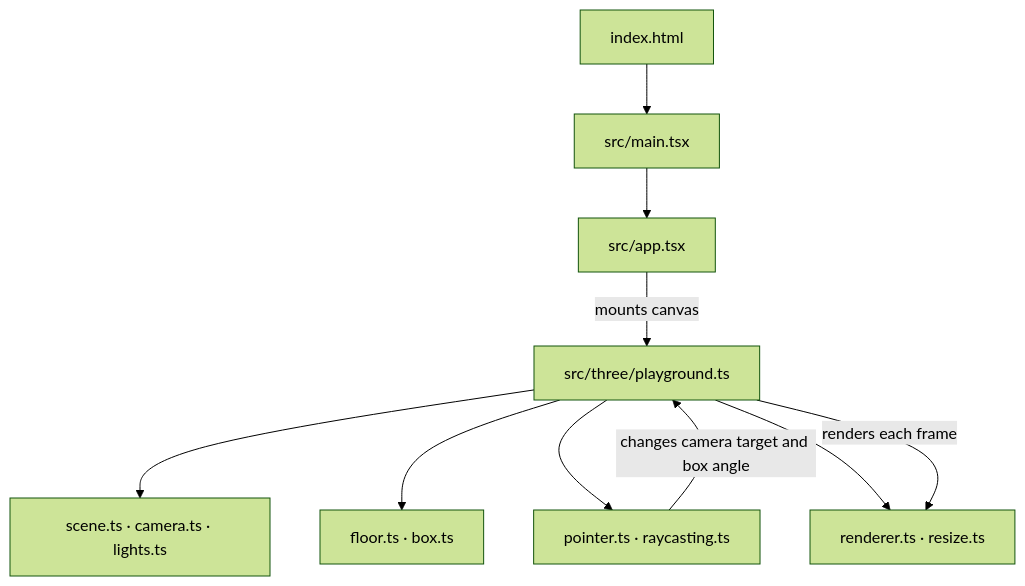
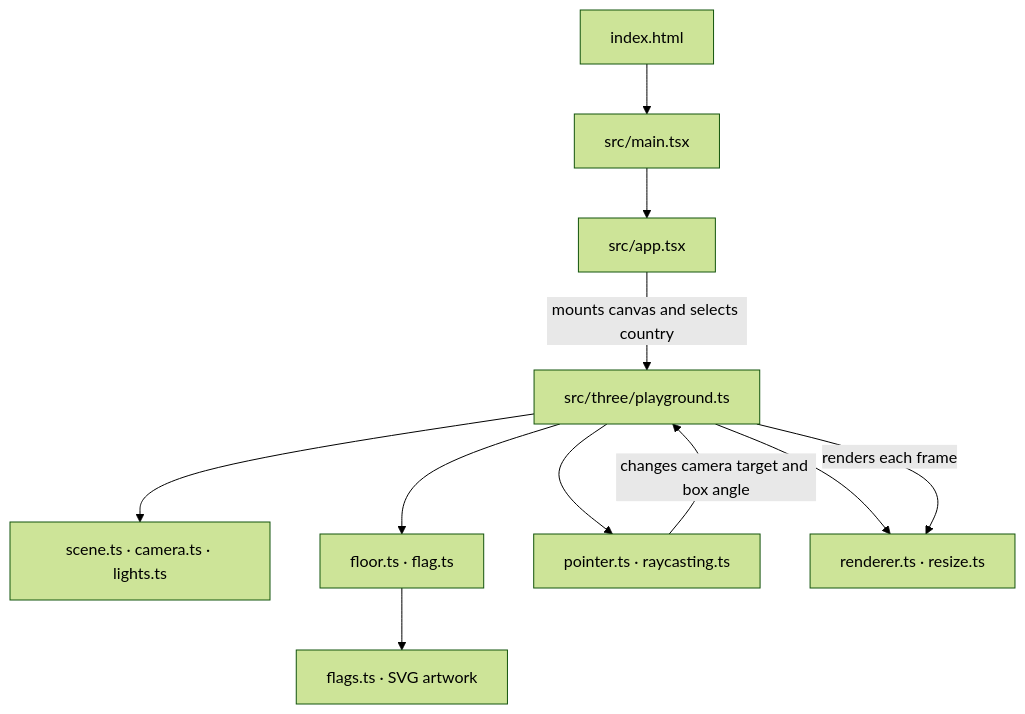
Before and after one commit to arvikachristy/semesta: the diagram in README.md, drawn with Mermaid (forest theme). The commit also changed other lines of this file and 11 other files, not shown here.

````diff
--- a/README.md
+++ b/README.md
@@ -23,12 +26,13 @@
 ```mermaid
 flowchart TD
   html["index.html"] --> main["src/main.tsx"]
   main --> app["src/app.tsx"]
-  app -->|mounts canvas| playground["src/three/playground.ts"]
+  app -->|mounts canvas and selects country| playground["src/three/playground.ts"]
   playground --> scene["scene.ts · camera.ts · lights.ts"]
-  playground --> objects["floor.ts · box.ts"]
+  playground --> objects["floor.ts · flag.ts"]
+  objects --> data["flags.ts · SVG artwork"]
   playground --> input["pointer.ts · raycasting.ts"]
   playground --> output["renderer.ts · resize.ts"]
   input -->|changes camera target and box angle| playground
   playground -->|renders each frame| output
 ```
````
